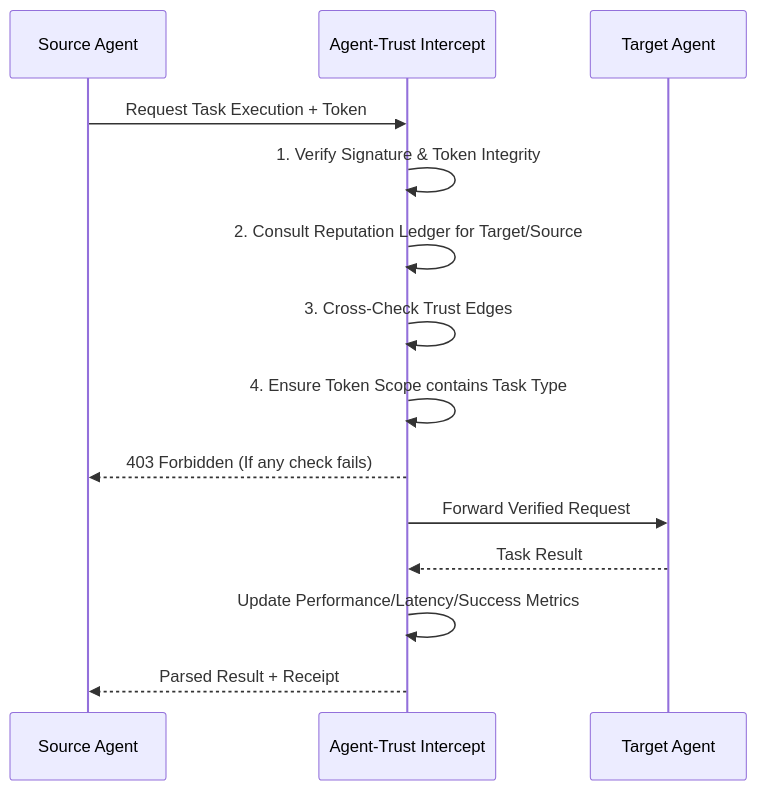
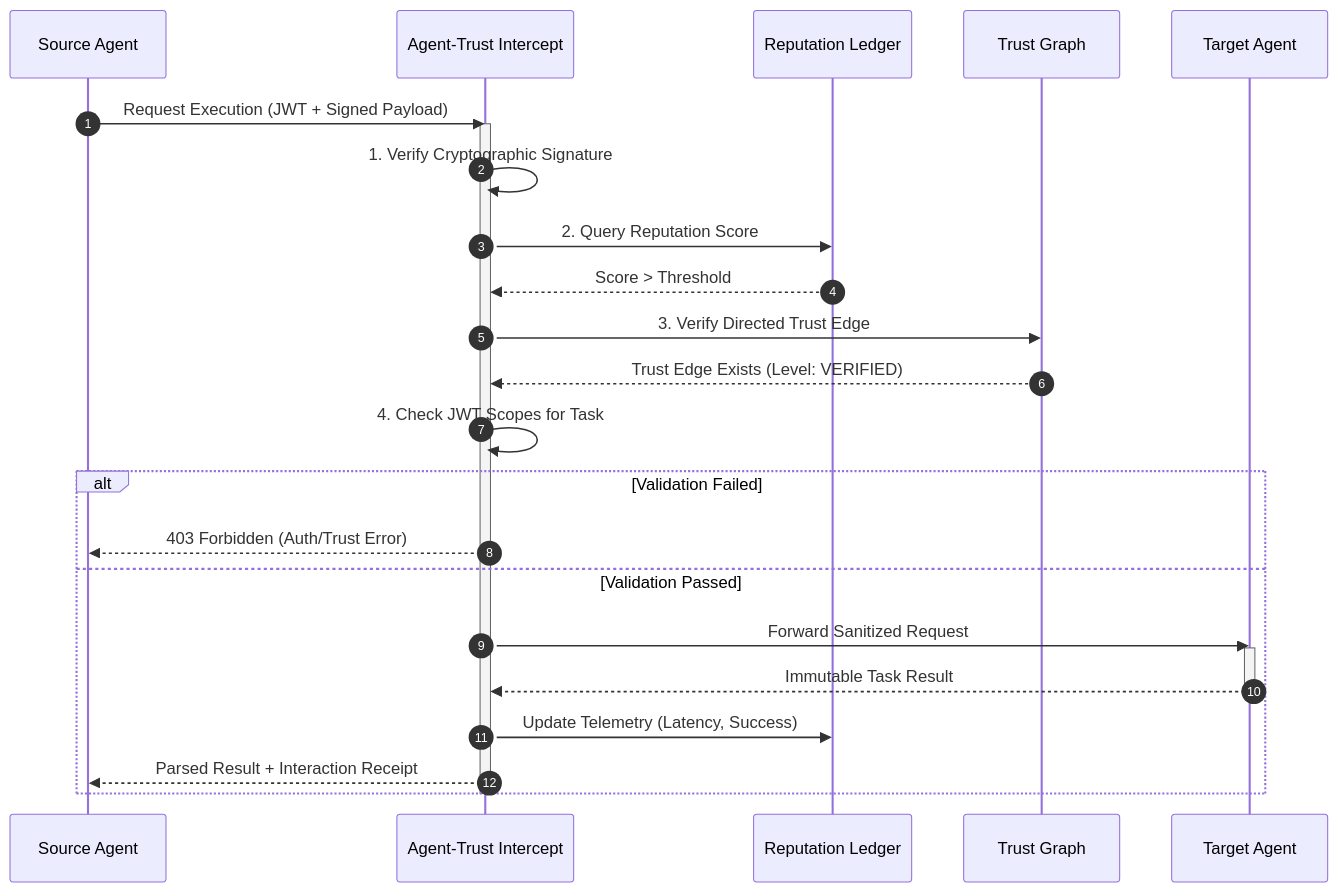
Before and after one commit to MrDecryptDecipher/Agent-Trust: the second of 30 diagrams in README.md, drawn with Mermaid. The commit also changed other lines of this file, not shown here.

Commit message:
Fix rendering format for 30 Mermaid diagrams to strictly use basic edge and block formatting for complete compatiblity

````diff
--- a/README.md
+++ b/README.md
@@ -38,16 +49,29 @@
 ```mermaid
 sequenceDiagram
+    autonumber
     participant M as Source Agent
     participant GW as Agent-Trust Intercept
+    participant Ledger as Reputation Ledger
+    participant Graph as Trust Graph
     participant T as Target Agent
-    M->>GW: Request Task Execution + Token
-    GW->>GW: 1. Verify Signature & Token Integrity
-    GW->>GW: 2. Consult Reputation Ledger for Target/Source
-    GW->>GW: 3. Cross-Check Trust Edges
-    GW->>GW: 4. Ensure Token Scope contains Task Type
-    GW-->>M: 403 Forbidden (If any check fails)
-    GW->>T: Forward Verified Request
-    T-->>GW: Task Result
-    GW->>GW: Update Performance/Latency/Success Metrics
-    GW-->>M: Parsed Result + Receipt
+    
+    M->>GW: Request Execution (JWT + Signed Payload)
+    activate GW
+    GW->>GW: 1. Verify Cryptographic Signature
+    GW->>Ledger: 2. Query Reputation Score
+    Ledger-->>GW: Score > Threshold
+    GW->>Graph: 3. Verify Directed Trust Edge
+    Graph-->>GW: Trust Edge Exists (Level: VERIFIED)
+    GW->>GW: 4. Check JWT Scopes for Task
+    alt Validation Failed
+        GW-->>M: 403 Forbidden (Auth/Trust Error)
+    else Validation Passed
+        GW->>T: Forward Sanitized Request
+        activate T
+        T-->>GW: Immutable Task Result
+        deactivate T
+        GW->>Ledger: Update Telemetry (Latency, Success)
+        GW-->>M: Parsed Result + Interaction Receipt
+    end
+    deactivate GW
 ```
````
